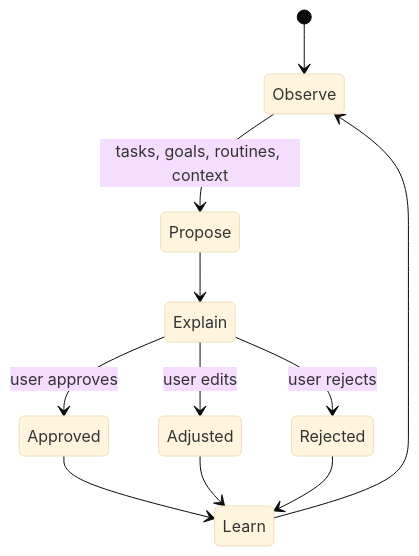
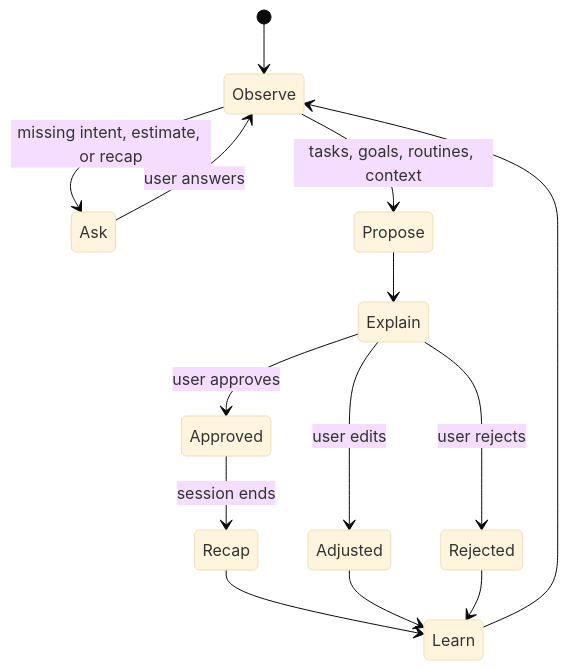
The diagram in VISION.md (stryker236/task-app-overview), drawn with Mermaid (base theme) before and after one commit. The commit also changed other lines of this file and 2 other files, not shown here.

````diff
--- a/VISION.md
+++ b/VISION.md
@@ -35,13 +41,16 @@
 ```mermaid
 stateDiagram-v2
     [*] --> Observe
+    Observe --> Ask: missing intent, estimate, or recap
+    Ask --> Observe: user answers
     Observe --> Propose: tasks, goals, routines, context
     Propose --> Explain
     Explain --> Approved: user approves
     Explain --> Adjusted: user edits
     Explain --> Rejected: user rejects
-    Approved --> Learn
+    Approved --> Recap: session ends
+    Recap --> Learn
     Adjusted --> Learn
     Rejected --> Learn
     Learn --> Observe
 ```
````
